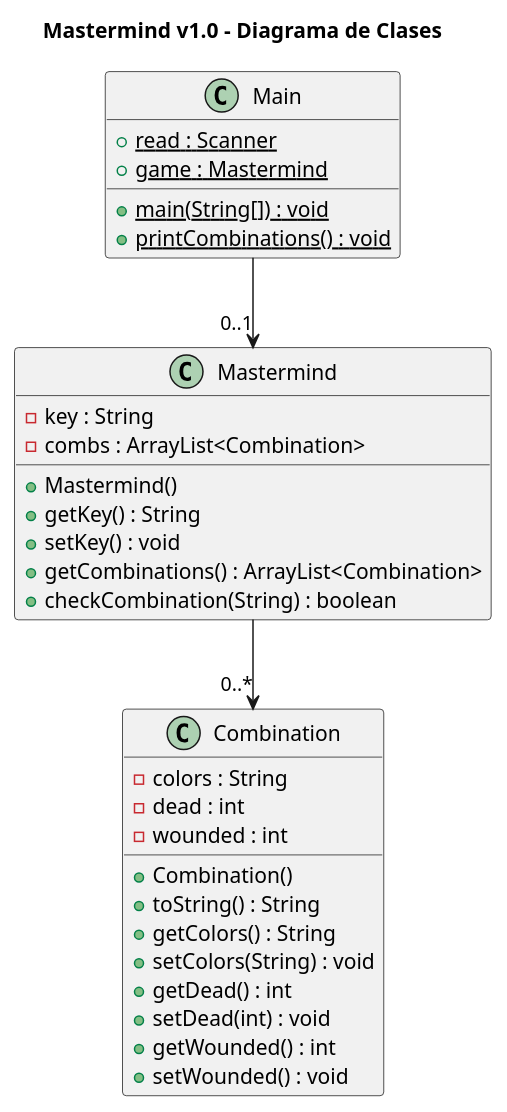
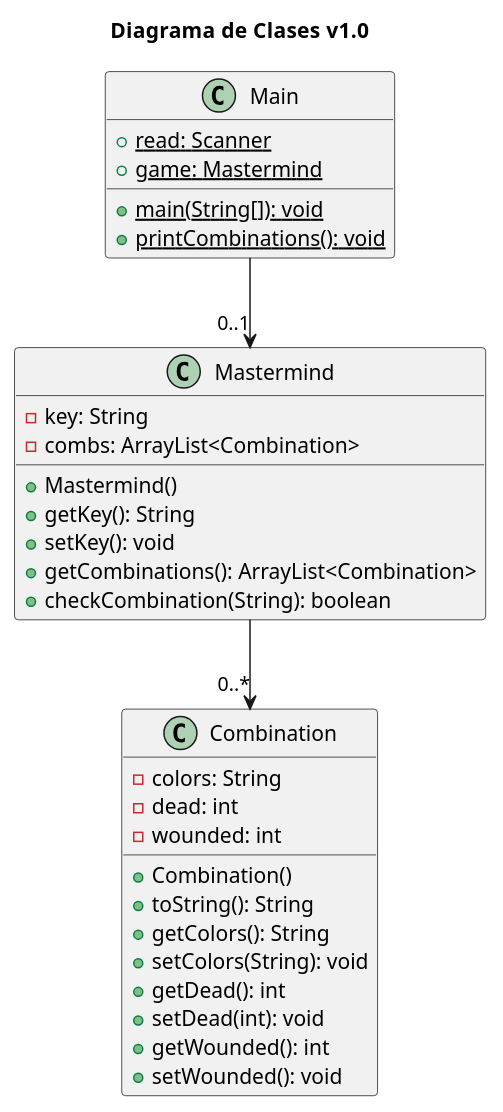
One commit to Luismoteando/Mastermind changed the first of 4 diagrams in README.adoc. Above: the diagram before and after it, drawn with PlantUML. The commit also changed other lines of this file and 17 other files, not shown here.

```diff
--- a/README.adoc
+++ b/README.adoc
@@ -8,37 +8,37 @@
 [plantuml, diagram-class1, png]
 ....
-title Mastermind v1.0 - Diagrama de Clases
+title Diagrama de Clases  v1.0
 class Main {
-    +{static} read : Scanner
-    +{static} game : Mastermind
-    +{static} main(String[]) : void
-    +{static} printCombinations() : void
+    +{static} read: Scanner
+    +{static} game: Mastermind
+    +{static} main(String[]): void
+    +{static} printCombinations(): void
 }
 
 class Mastermind {
-    -key : String
-    -combs : ArrayList<Combination>
+    -key: String
+    -combs: ArrayList<Combination>
     +Mastermind()
-    +getKey() : String
-    +setKey() : void
-    +getCombinations() : ArrayList<Combination>
-    +checkCombination(String) : boolean
+    +getKey(): String
+    +setKey(): void
+    +getCombinations(): ArrayList<Combination>
+    +checkCombination(String): boolean
 }
 
 class Combination {
-    -colors : String
-    -dead : int
-    -wounded : int
+    -colors: String
+    -dead: int
+    -wounded: int
     +Combination()
-    +toString() : String
-    +getColors() : String
-    +setColors(String) : void
-    +getDead() : int
-    +setDead(int) : void
-    +getWounded() : int
-    +setWounded() : void
+    +toString(): String
+    +getColors(): String
+    +setColors(String): void
+    +getDead(): int
+    +setDead(int): void
+    +getWounded(): int
+    +setWounded(): void
 }
 
 Main --> "0..1" Mastermind
 Mastermind --> "0..*" Combination
 ....
```
